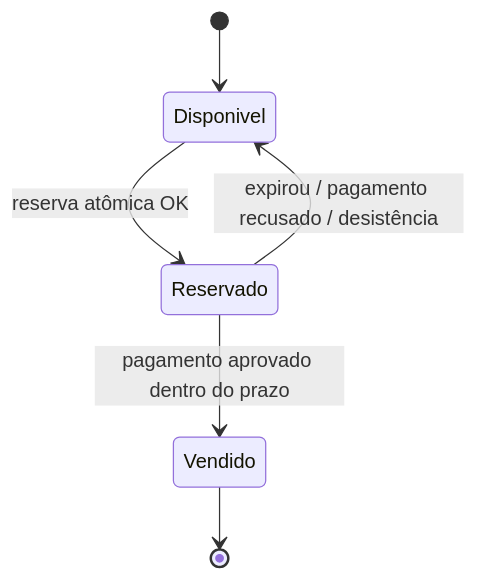
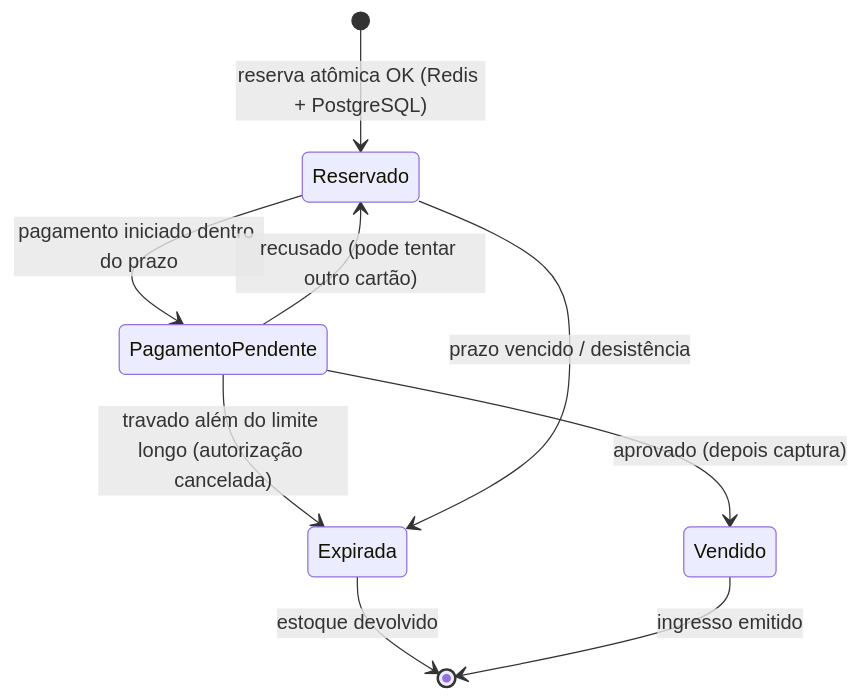
The third of 3 diagrams in README.md (viniciusnau/rock-in-rio-ticketing-architecture), drawn with Mermaid before and after one commit. The commit also changed other lines of this file, not shown here.

Commit message:
Fix reservation consistency, payment races and queue fairness in architecture

````diff
--- a/README.md
+++ b/README.md
@@ -181,8 +246,11 @@
 ```mermaid
 stateDiagram-v2
-    [*] --> Disponivel
-    Disponivel --> Reservado: reserva atômica OK
-    Reservado --> Vendido: pagamento aprovado dentro do prazo
-    Reservado --> Disponivel: expirou / pagamento recusado / desistência
-    Vendido --> [*]
+    [*] --> Reservado: reserva atômica OK (Redis + PostgreSQL)
+    Reservado --> PagamentoPendente: pagamento iniciado dentro do prazo
+    PagamentoPendente --> Vendido: aprovado (depois captura)
+    PagamentoPendente --> Reservado: recusado (pode tentar outro cartão)
+    PagamentoPendente --> Expirada: travado além do limite longo (autorização cancelada)
+    Reservado --> Expirada: prazo vencido / desistência
+    Expirada --> [*]: estoque devolvido
+    Vendido --> [*]: ingresso emitido
 ```
````
